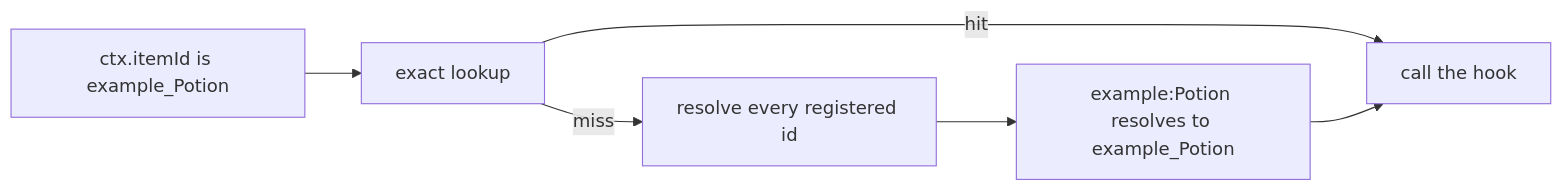
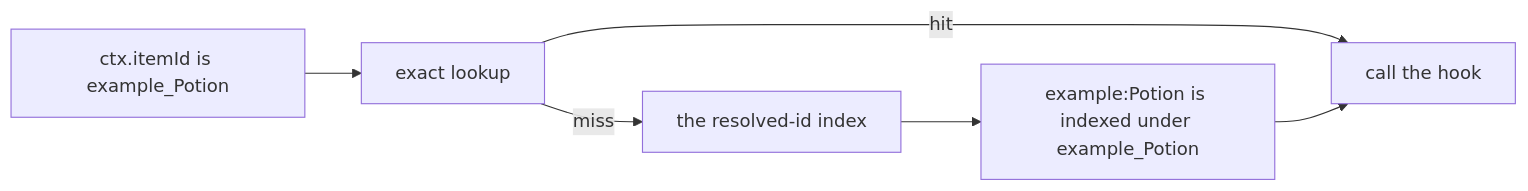
Before and after one commit to dr-mikan/PalForge: the third of 5 diagrams in docs/content/docs/api/item.mdx, drawn with Mermaid. The commit also changed other lines of this file and 190 other files, not shown here.

````diff
--- a/docs/content/docs/api/item.mdx
+++ b/docs/content/docs/api/item.mdx
@@ -274,8 +319,8 @@
 ```mermaid
 flowchart LR
   A["ctx.itemId is example_Potion"] --> B[exact lookup]
   B -->|hit| C[call the hook]
-  B -->|miss| D[resolve every registered id]
-  D --> E["example:Potion resolves to example_Potion"]
+  B -->|miss| D["the resolved-id index"]
+  D --> E["example:Potion is indexed under example_Potion"]
   E --> C
 ```
````
